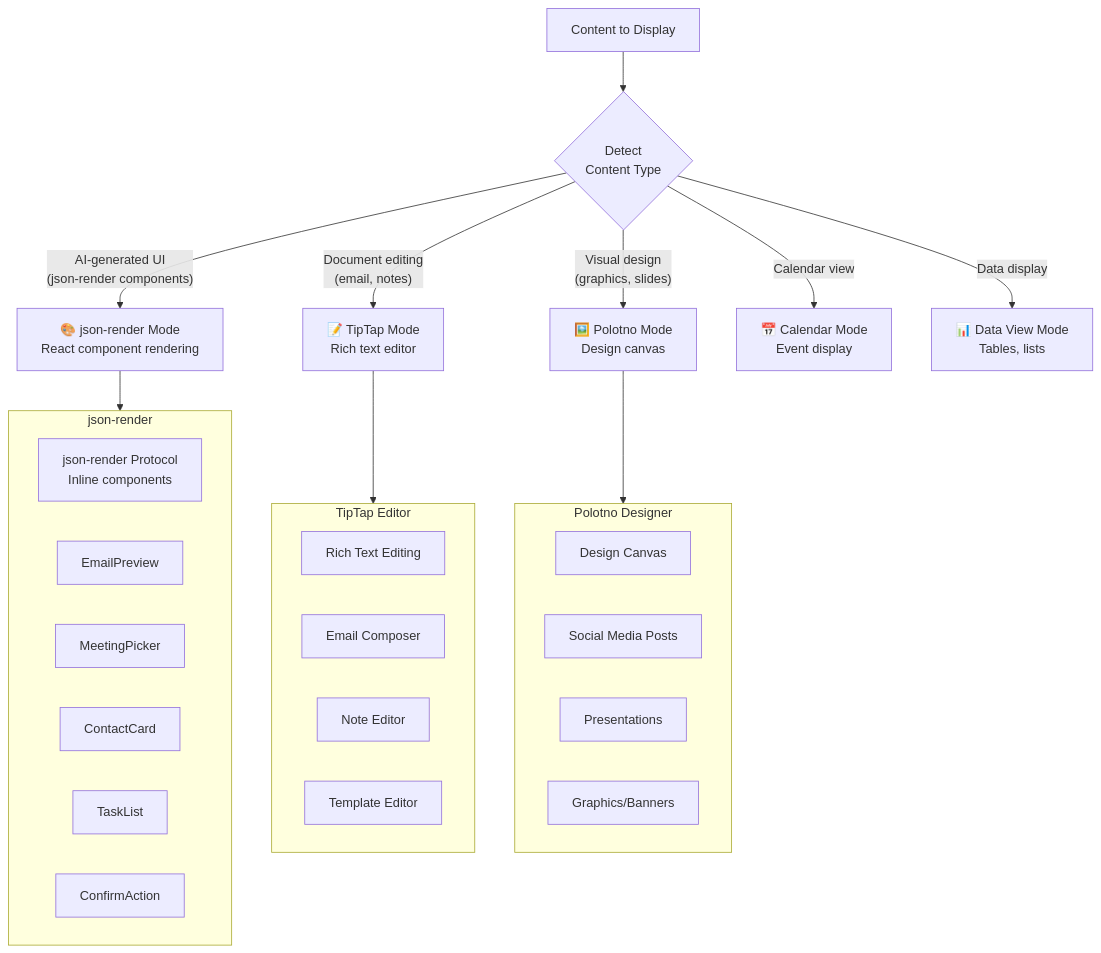
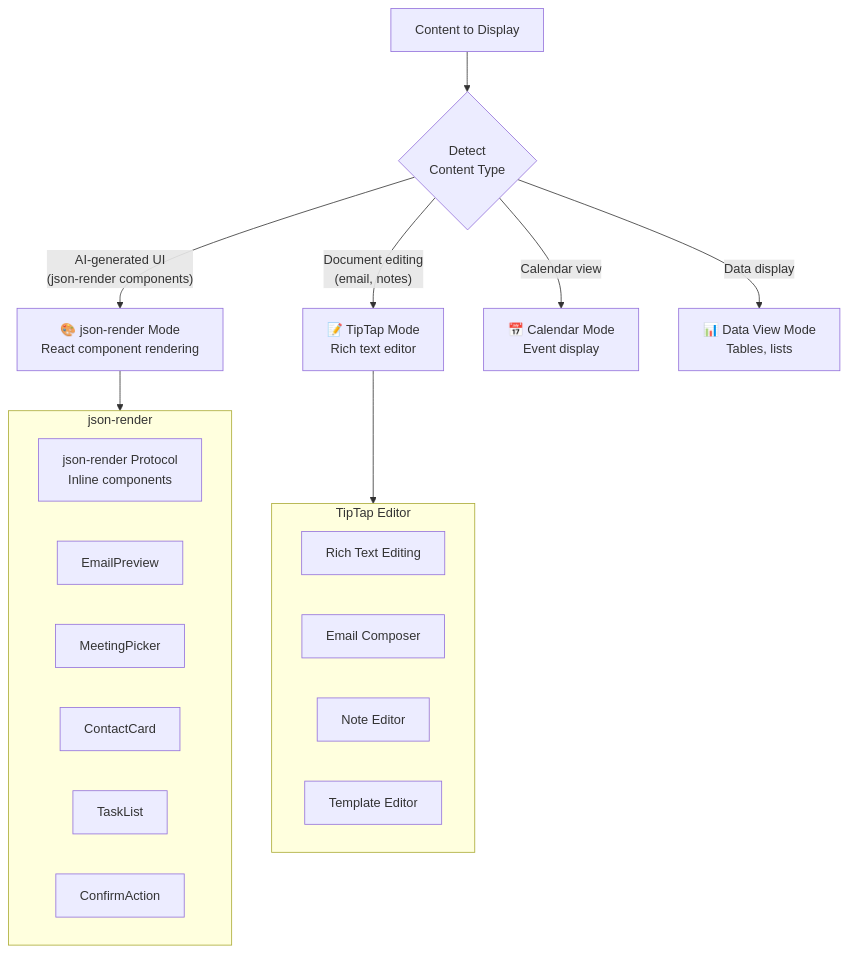
One commit to sidart10/orion-butler changed the eighth of 13 diagrams in thoughts/planning-artifacts/architecture-diagrams.md. Above: the diagram before and after it, drawn with Mermaid. The commit also changed other lines of this file and 58 other files, not shown here.

````diff
--- a/thoughts/planning-artifacts/architecture-diagrams.md
+++ b/thoughts/planning-artifacts/architecture-diagrams.md
@@ -683,39 +686,30 @@
 ```mermaid
 flowchart TD
     Content["Content to Display"]
 
     Content --> Detect{"Detect<br/>Content Type"}
 
     Detect -->|"AI-generated UI<br/>(json-render components)"| JsonRender["🎨 json-render Mode<br/>React component rendering"]
     Detect -->|"Document editing<br/>(email, notes)"| TipTap["📝 TipTap Mode<br/>Rich text editor"]
-    Detect -->|"Visual design<br/>(graphics, slides)"| Polotno["🖼️ Polotno Mode<br/>Design canvas"]
     Detect -->|"Calendar view"| Calendar["📅 Calendar Mode<br/>Event display"]
     Detect -->|"Data display"| DataView["📊 Data View Mode<br/>Tables, lists"]
 
     subgraph JsonRenderMode["json-render"]
         JsonRenderProtocol["json-render Protocol<br/>Inline components"]
         EmailPreview["EmailPreview"]
         MeetingPicker["MeetingPicker"]
         ContactCard["ContactCard"]
         TaskList["TaskList"]
         ConfirmAction["ConfirmAction"]
     end
 
     subgraph TipTapMode["TipTap Editor"]
         RichText["Rich Text Editing"]
         EmailCompose["Email Composer"]
         NoteEditor["Note Editor"]
         TemplateEdit["Template Editor"]
     end
 
-    subgraph PolotnoMode["Polotno Designer"]
-        DesignCanvas["Design Canvas"]
-        SocialPost["Social Media Posts"]
-        Presentation["Presentations"]
-        Graphics["Graphics/Banners"]
-    end
-
     JsonRender --> JsonRenderMode
     TipTap --> TipTapMode
-    Polotno --> PolotnoMode
 ```
````
